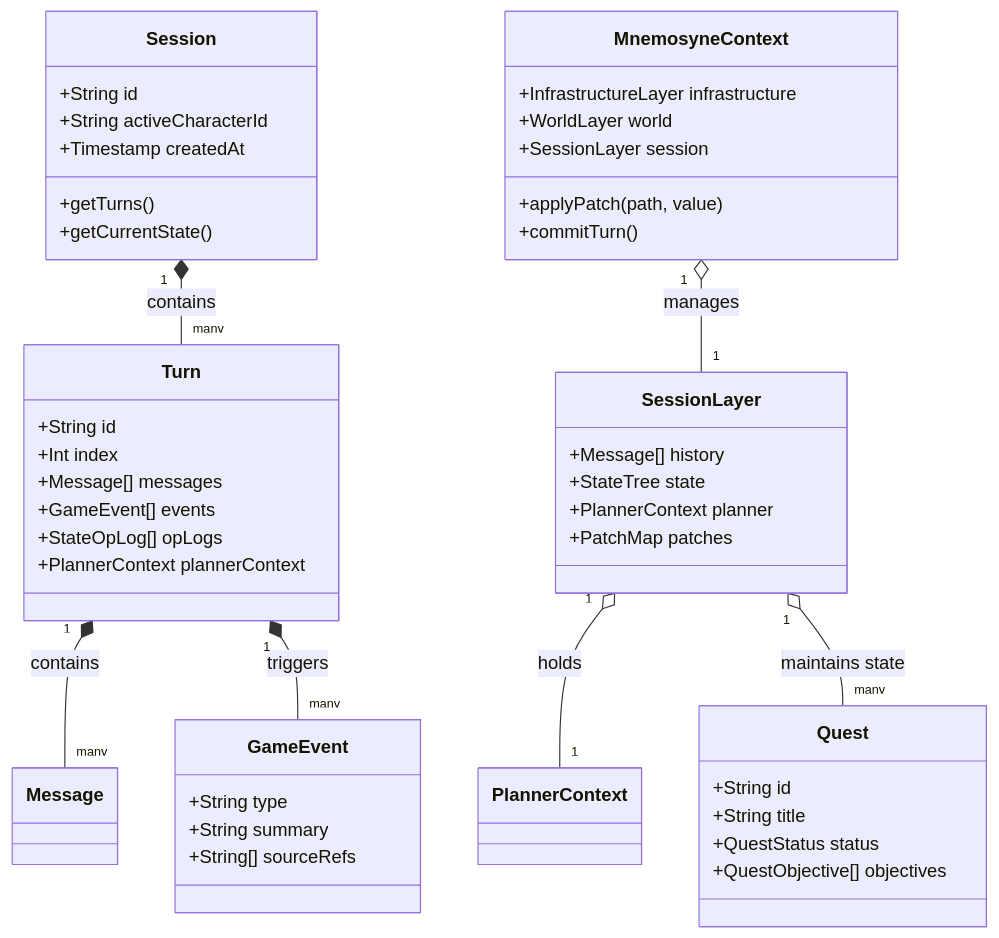
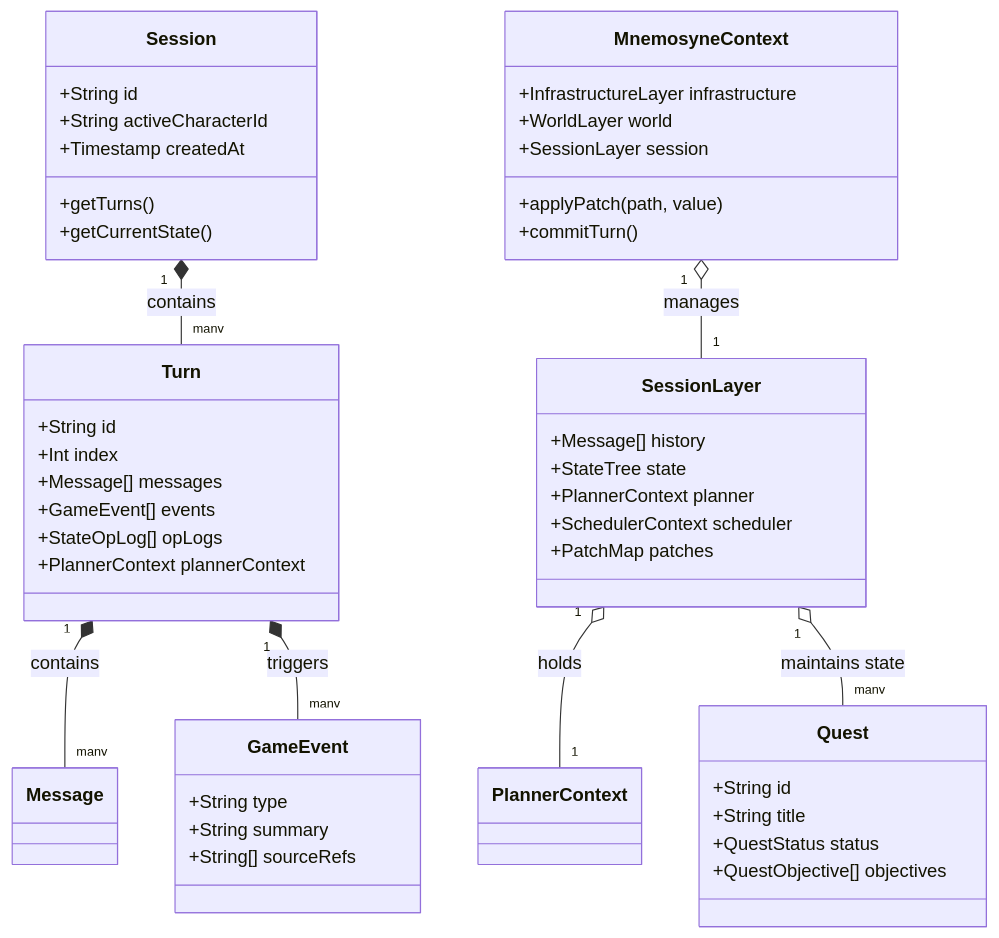
One commit to Abgetrennter/Clotho-Design changed the second of 2 diagrams in 00_active_specs/mnemosyne/abstract-data-structures.md. Above: the diagram before and after it, drawn with Mermaid. The commit also changed other lines of this file and 8 other files, not shown here.

````diff
--- a/00_active_specs/mnemosyne/abstract-data-structures.md
+++ b/00_active_specs/mnemosyne/abstract-data-structures.md
@@ -436,55 +477,56 @@
 ```mermaid
 classDiagram
     class Session {
         +String id
         +String activeCharacterId
         +Timestamp createdAt
         +getTurns()
         +getCurrentState()
     }
 
     class Turn {
         +String id
         +Int index
         +Message[] messages
         +GameEvent[] events
         +StateOpLog[] opLogs
         +PlannerContext plannerContext
     }
 
     class MnemosyneContext {
         +InfrastructureLayer infrastructure
         +WorldLayer world
         +SessionLayer session
         +applyPatch(path, value)
         +commitTurn()
     }
 
     class SessionLayer {
         +Message[] history
         +StateTree state
         +PlannerContext planner
+        +SchedulerContext scheduler
         +PatchMap patches
     }
     
     class GameEvent {
         +String type
         +String summary
         +String[] sourceRefs
     }
 
     class Quest {
         +String id
         +String title
         +QuestStatus status
         +QuestObjective[] objectives
     }
 
     Session "1" *-- "many" Turn : contains
     Turn "1" *-- "many" Message : contains
     Turn "1" *-- "many" GameEvent : triggers
     
     MnemosyneContext "1" o-- "1" SessionLayer : manages
     SessionLayer "1" o-- "1" PlannerContext : holds
     SessionLayer "1" o-- "many" Quest : maintains state
 ```
````
